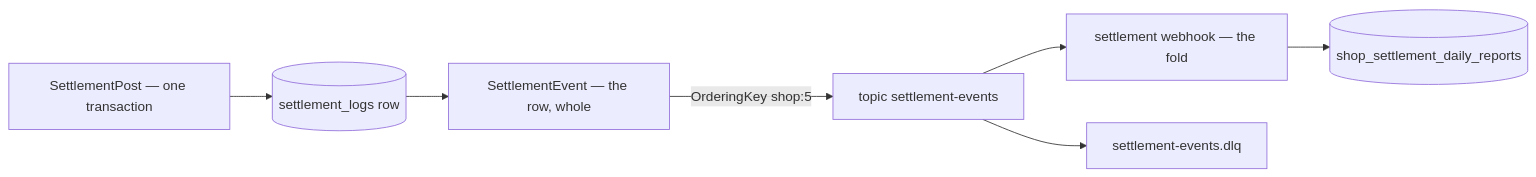
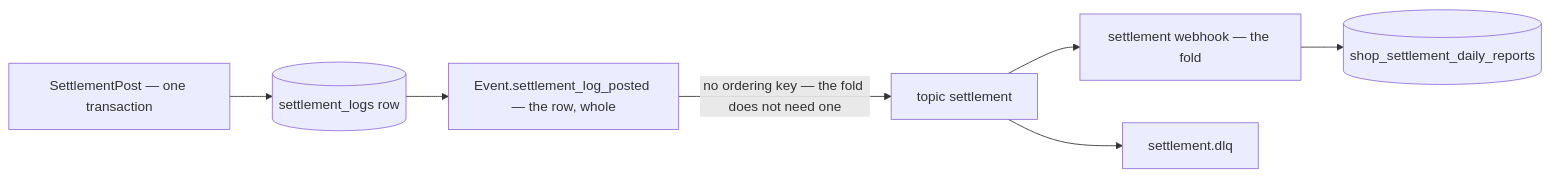
Before and after one commit to pdcgo/warehouse_revamp: diagram 31 of 35 in docs/business/settlement/analytic_context_clarify.md, drawn with Mermaid. The commit also changed other lines of this file and 10 other files, not shown here.

Commit message:
godok event architecture

````diff
--- a/docs/business/settlement/analytic_context_clarify.md
+++ b/docs/business/settlement/analytic_context_clarify.md
@@ -1507,9 +1515,9 @@
 ```mermaid
 flowchart LR
   W["SettlementPost — one transaction"] --> L[("settlement_logs row")]
-  L --> EV["SettlementEvent — the row, whole"]
-  EV -->|"OrderingKey shop:5"| T["topic settlement-events"]
+  L --> EV["Event.settlement_log_posted — the row, whole"]
+  EV -->|"no ordering key — the fold does not need one"| T["topic settlement"]
   T --> H["settlement webhook — the fold"]
   H --> R[("shop_settlement_daily_reports")]
-  T --> DL["settlement-events.dlq"]
+  T --> DL["settlement.dlq"]
 ```
````
